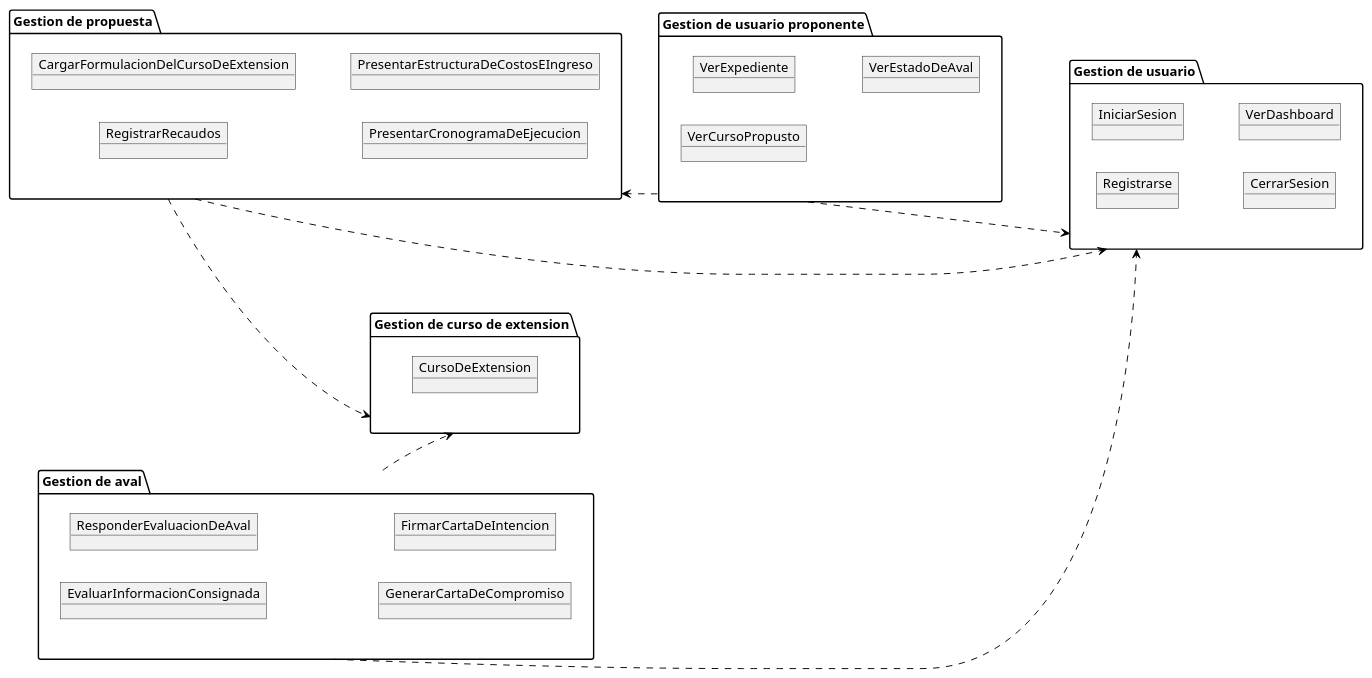
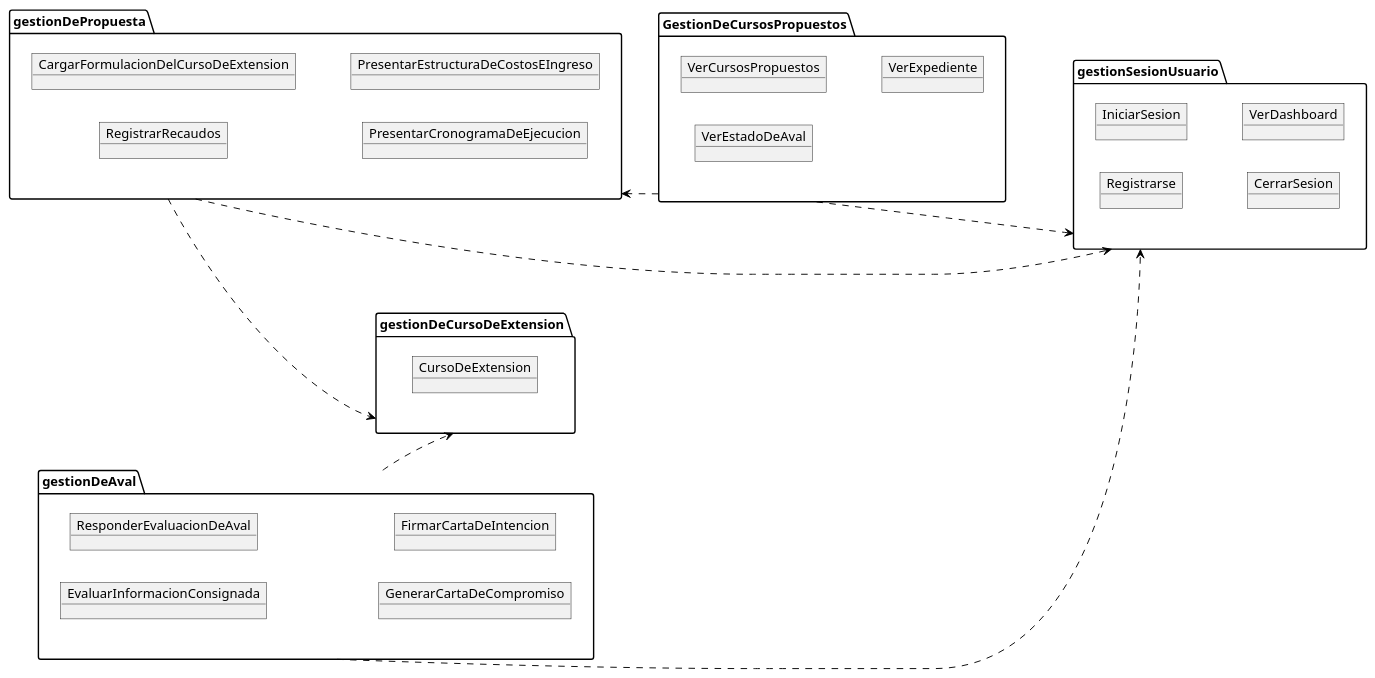
The diagram in docs/scenariosView/DisciplinaDeAnalisisDiagramaDePaquetes.plantUML (Samantha-Ramirez/ProyectoEquipo7ING), drawn with PlantUML before and after one commit. The commit also changed 32 other files, not shown here.

Commit message:
Diagramas de clases y de colaboracion hasta UC8 2906

```diff
--- a/docs/scenariosView/DisciplinaDeAnalisisDiagramaDePaquetes.plantUML
+++ b/docs/scenariosView/DisciplinaDeAnalisisDiagramaDePaquetes.plantUML
@@ -1,42 +1,42 @@
 @startuml DisciplinaDeAnalisisDiagramaDePaquetes
 left to right direction
 
-package "Gestion de curso de extension" as G_cursoExtension{
+package "gestionDeCursoDeExtension" as G_cursoExtension{
     object CursoDeExtension
 } 
 
-package "Gestion de propuesta" as G_propuesta{
+package "gestionDePropuesta" as G_propuesta{
     object RegistrarRecaudos
     object CargarFormulacionDelCursoDeExtension
     object PresentarCronogramaDeEjecucion
     object PresentarEstructuraDeCostosEIngreso
 }
 
-package "Gestion de aval" as G_aval{
+package "gestionDeAval" as G_aval{
     object EvaluarInformacionConsignada
     object ResponderEvaluacionDeAval
     object GenerarCartaDeCompromiso
     object FirmarCartaDeIntencion
 }
 
 G_aval --> G_cursoExtension #Black;line.dashed;
 G_propuesta --> G_cursoExtension #Black;line.dashed;
 
-package "Gestion de usuario proponente" as G_userProponente{
+package "GestionDeCursosPropuestos" as G_userProponente{
+    object VerCursosPropuestos
+    object VerEstadoDeAval
     object VerExpediente
-    object VerCursoPropusto
-    object VerEstadoDeAval
 }
 
-package "Gestion de usuario" as G_user {
+package "gestionSesionUsuario" as G_user {
     object Registrarse
     object IniciarSesion
     object CerrarSesion
     object VerDashboard
 }
 G_userProponente --> G_propuesta #Black;line.dashed;
 G_aval --> G_user #Black;line.dashed;
 G_userProponente ----> G_user #Black;line.dashed;
 G_propuesta ------> G_user #Black;line.dashed;
 
 @enduml
```
